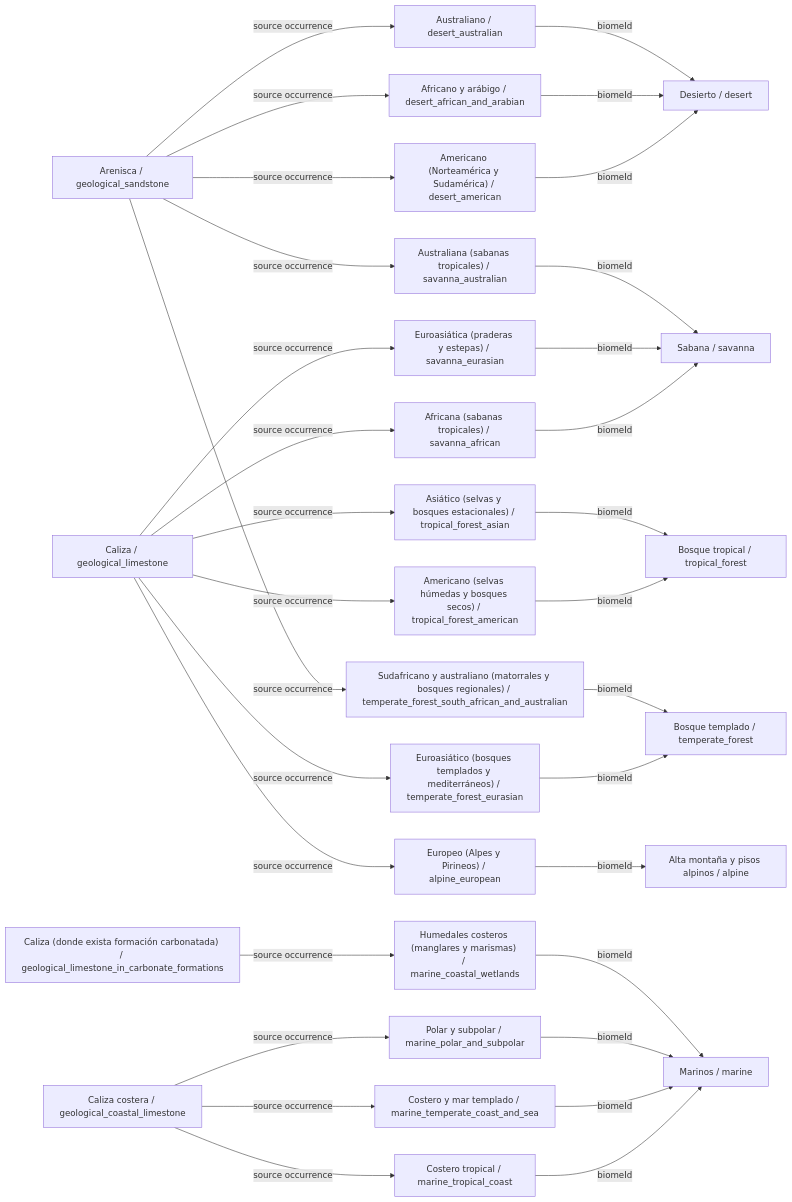
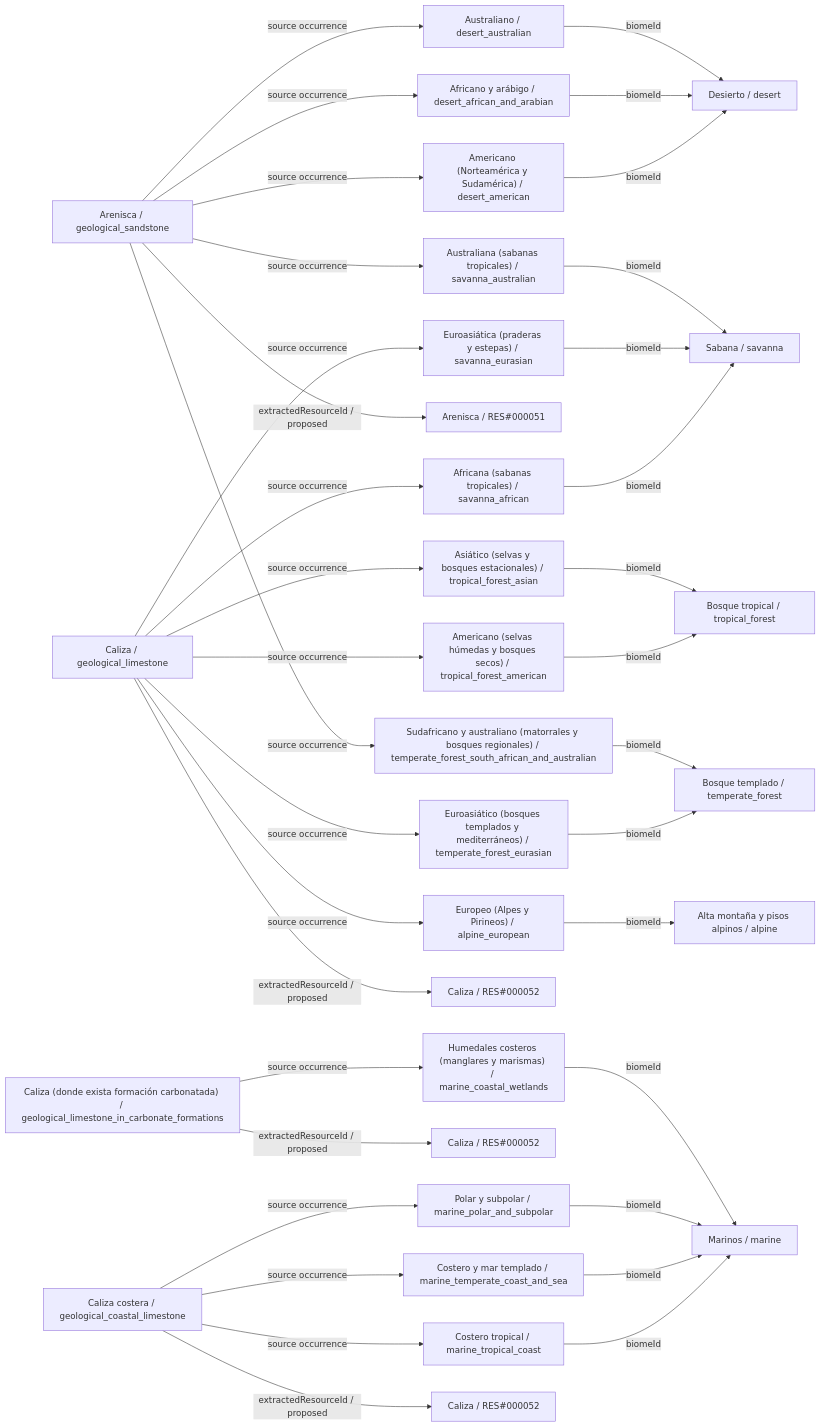
Before and after one commit to fgabo404/EvolveDoc: the third of 15 diagrams in data/minerals/DIAGRAMS.es.md, drawn with Mermaid. The commit also changed other lines of this file and 50 other files, not shown here.

````diff
--- a/data/minerals/DIAGRAMS.es.md
+++ b/data/minerals/DIAGRAMS.es.md
@@ -177,58 +193,66 @@
 ```mermaid
 flowchart LR
     c0["Arenisca / geological_sandstone"]
     v6["Sudafricano y australiano (matorrales y bosques regionales) / temperate_forest_south_african_and_australian"]
     b1["Bosque templado / temperate_forest"]
     v14["Australiana (sabanas tropicales) / savanna_australian"]
     b3["Sabana / savanna"]
     v15["Americano (Norteamérica y Sudamérica) / desert_american"]
     b4["Desierto / desert"]
     v16["Africano y arábigo / desert_african_and_arabian"]
     v18["Australiano / desert_australian"]
+    r0["Arenisca / RES#000051"]
     c1["Caliza / geological_limestone"]
     v0["Americano (selvas húmedas y bosques secos) / tropical_forest_american"]
     b0["Bosque tropical / tropical_forest"]
     v2["Asiático (selvas y bosques estacionales) / tropical_forest_asian"]
     v4["Euroasiático (bosques templados y mediterráneos) / temperate_forest_eurasian"]
     v11["Africana (sabanas tropicales) / savanna_african"]
     v13["Euroasiática (praderas y estepas) / savanna_eurasian"]
     v25["Europeo (Alpes y Pirineos) / alpine_european"]
     b6["Alta montaña y pisos alpinos / alpine"]
+    r1["Caliza / RES#000052"]
     c2["Caliza (donde exista formación carbonatada) / geological_limestone_in_carbonate_formations"]
     v22["Humedales costeros (manglares y marismas) / marine_coastal_wetlands"]
     b5["Marinos / marine"]
+    r2["Caliza / RES#000052"]
     c3["Caliza costera / geological_coastal_limestone"]
     v19["Costero tropical / marine_tropical_coast"]
     v20["Costero y mar templado / marine_temperate_coast_and_sea"]
     v21["Polar y subpolar / marine_polar_and_subpolar"]
+    r3["Caliza / RES#000052"]
+    c0 -->|extractedResourceId / proposed| r0
     c0 -->|source occurrence| v14
     c0 -->|source occurrence| v15
     c0 -->|source occurrence| v16
     c0 -->|source occurrence| v18
     c0 -->|source occurrence| v6
+    c1 -->|extractedResourceId / proposed| r1
     c1 -->|source occurrence| v0
     c1 -->|source occurrence| v11
     c1 -->|source occurrence| v13
     c1 -->|source occurrence| v2
     c1 -->|source occurrence| v25
     c1 -->|source occurrence| v4
+    c2 -->|extractedResourceId / proposed| r2
     c2 -->|source occurrence| v22
+    c3 -->|extractedResourceId / proposed| r3
     c3 -->|source occurrence| v19
     c3 -->|source occurrence| v20
     c3 -->|source occurrence| v21
     v0 -->|biomeId| b0
     v11 -->|biomeId| b3
     v13 -->|biomeId| b3
     v14 -->|biomeId| b3
     v15 -->|biomeId| b4
     v16 -->|biomeId| b4
     v18 -->|biomeId| b4
     v19 -->|biomeId| b5
     v2 -->|biomeId| b0
     v20 -->|biomeId| b5
     v21 -->|biomeId| b5
     v22 -->|biomeId| b5
     v25 -->|biomeId| b6
     v4 -->|biomeId| b1
     v6 -->|biomeId| b1
 ```
````
